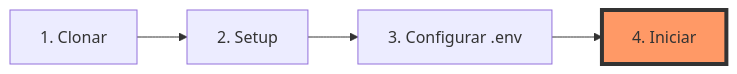
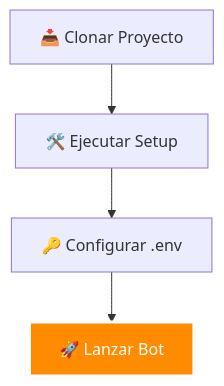
Before and after one commit to LedezmaSune/BotMaRe: the first of 2 diagrams in README.md, drawn with Mermaid. The commit also changed other lines of this file, not shown here.

````diff
--- a/README.md
+++ b/README.md
@@ -20,7 +35,7 @@
 ```mermaid
-graph LR
-    A[1. Clonar] --> B[2. Setup]
-    B --> C[3. Configurar .env]
-    C --> D[4. Iniciar]
-    style D fill:#f96,stroke:#333,stroke-width:4px
+graph TD
+    A[📥 Clonar Proyecto] --> B[🛠️ Ejecutar Setup]
+    B --> C[🔑 Configurar .env]
+    C --> D[🚀 Lanzar Bot]
+    style D fill:#ff8c00,stroke:#fff,stroke-width:3px,color:#fff
 ```
````
